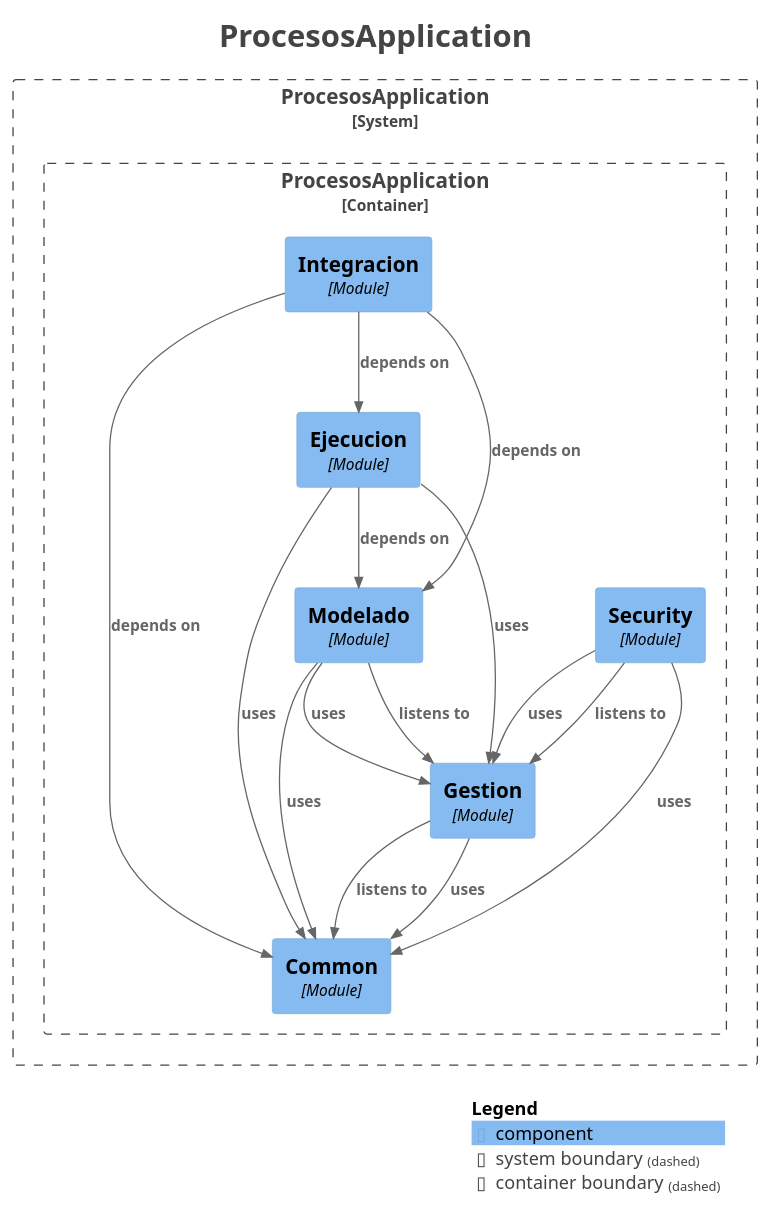
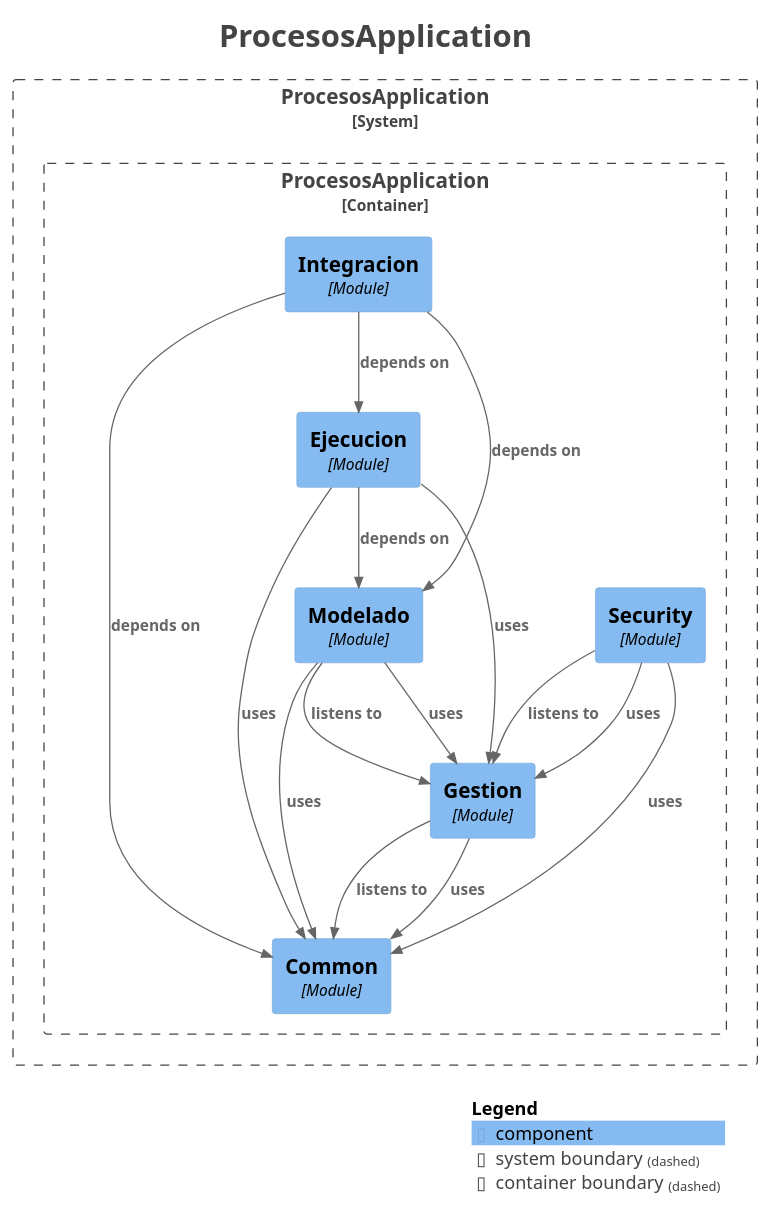
Before and after one commit to AndresContreras1/bpmn-process-manager-api: the diagram in docs/modules/components.puml, drawn with PlantUML. The commit also changed other lines of this file and 41 other files, not shown here.

```diff
--- a/docs/modules/components.puml
+++ b/docs/modules/components.puml
@@ -1,47 +1,47 @@
 @startuml
 title <size:24>ProcesosApplication</size>
 
 set separator none
 top to bottom direction
 
 <style>
   root {
     BackgroundColor: #ffffff
     FontColor: #444444
   }
 </style>
 
 !include <C4/C4>
 !include <C4/C4_Context>
 !include <C4/C4_Component>
 
 System_Boundary("ProcesosApplication_boundary", "ProcesosApplication", $tags="") {
   Container_Boundary("ProcesosApplication.ProcesosApplication_boundary", "ProcesosApplication", $tags="") {
     Component(ProcesosApplication.ProcesosApplication.Common, "Common", $techn="Module", $descr="", $tags="", $link="")
     Component(ProcesosApplication.ProcesosApplication.Gestion, "Gestion", $techn="Module", $descr="", $tags="", $link="")
     Component(ProcesosApplication.ProcesosApplication.Modelado, "Modelado", $techn="Module", $descr="", $tags="", $link="")
     Component(ProcesosApplication.ProcesosApplication.Security, "Security", $techn="Module", $descr="", $tags="", $link="")
     Component(ProcesosApplication.ProcesosApplication.Ejecucion, "Ejecucion", $techn="Module", $descr="", $tags="", $link="")
     Component(ProcesosApplication.ProcesosApplication.Integracion, "Integracion", $techn="Module", $descr="", $tags="", $link="")
   }
 
 }
 
+Rel(ProcesosApplication.ProcesosApplication.Security, ProcesosApplication.ProcesosApplication.Gestion, "uses", $techn="", $tags="", $link="")
+Rel(ProcesosApplication.ProcesosApplication.Security, ProcesosApplication.ProcesosApplication.Common, "uses", $techn="", $tags="", $link="")
+Rel(ProcesosApplication.ProcesosApplication.Ejecucion, ProcesosApplication.ProcesosApplication.Modelado, "depends on", $techn="", $tags="", $link="")
+Rel(ProcesosApplication.ProcesosApplication.Ejecucion, ProcesosApplication.ProcesosApplication.Common, "uses", $techn="", $tags="", $link="")
+Rel(ProcesosApplication.ProcesosApplication.Ejecucion, ProcesosApplication.ProcesosApplication.Gestion, "uses", $techn="", $tags="", $link="")
+Rel(ProcesosApplication.ProcesosApplication.Modelado, ProcesosApplication.ProcesosApplication.Gestion, "listens to", $techn="", $tags="", $link="")
 Rel(ProcesosApplication.ProcesosApplication.Modelado, ProcesosApplication.ProcesosApplication.Gestion, "uses", $techn="", $tags="", $link="")
 Rel(ProcesosApplication.ProcesosApplication.Modelado, ProcesosApplication.ProcesosApplication.Common, "uses", $techn="", $tags="", $link="")
+Rel(ProcesosApplication.ProcesosApplication.Gestion, ProcesosApplication.ProcesosApplication.Common, "listens to", $techn="", $tags="", $link="")
+Rel(ProcesosApplication.ProcesosApplication.Gestion, ProcesosApplication.ProcesosApplication.Common, "uses", $techn="", $tags="", $link="")
 Rel(ProcesosApplication.ProcesosApplication.Integracion, ProcesosApplication.ProcesosApplication.Ejecucion, "depends on", $techn="", $tags="", $link="")
 Rel(ProcesosApplication.ProcesosApplication.Integracion, ProcesosApplication.ProcesosApplication.Modelado, "depends on", $techn="", $tags="", $link="")
 Rel(ProcesosApplication.ProcesosApplication.Integracion, ProcesosApplication.ProcesosApplication.Common, "depends on", $techn="", $tags="", $link="")
-Rel(ProcesosApplication.ProcesosApplication.Gestion, ProcesosApplication.ProcesosApplication.Common, "listens to", $techn="", $tags="", $link="")
-Rel(ProcesosApplication.ProcesosApplication.Gestion, ProcesosApplication.ProcesosApplication.Common, "uses", $techn="", $tags="", $link="")
-Rel(ProcesosApplication.ProcesosApplication.Ejecucion, ProcesosApplication.ProcesosApplication.Modelado, "depends on", $techn="", $tags="", $link="")
-Rel(ProcesosApplication.ProcesosApplication.Ejecucion, ProcesosApplication.ProcesosApplication.Common, "uses", $techn="", $tags="", $link="")
-Rel(ProcesosApplication.ProcesosApplication.Ejecucion, ProcesosApplication.ProcesosApplication.Gestion, "uses", $techn="", $tags="", $link="")
 Rel(ProcesosApplication.ProcesosApplication.Security, ProcesosApplication.ProcesosApplication.Gestion, "listens to", $techn="", $tags="", $link="")
-Rel(ProcesosApplication.ProcesosApplication.Security, ProcesosApplication.ProcesosApplication.Gestion, "uses", $techn="", $tags="", $link="")
-Rel(ProcesosApplication.ProcesosApplication.Security, ProcesosApplication.ProcesosApplication.Common, "uses", $techn="", $tags="", $link="")
-Rel(ProcesosApplication.ProcesosApplication.Modelado, ProcesosApplication.ProcesosApplication.Gestion, "listens to", $techn="", $tags="", $link="")
 
 SHOW_LEGEND(true)
 hide stereotypes
 @enduml
```
